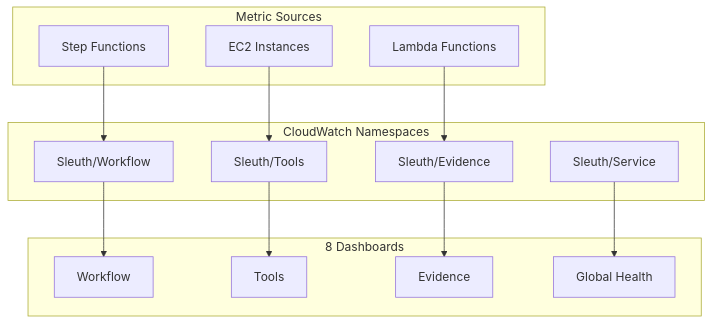
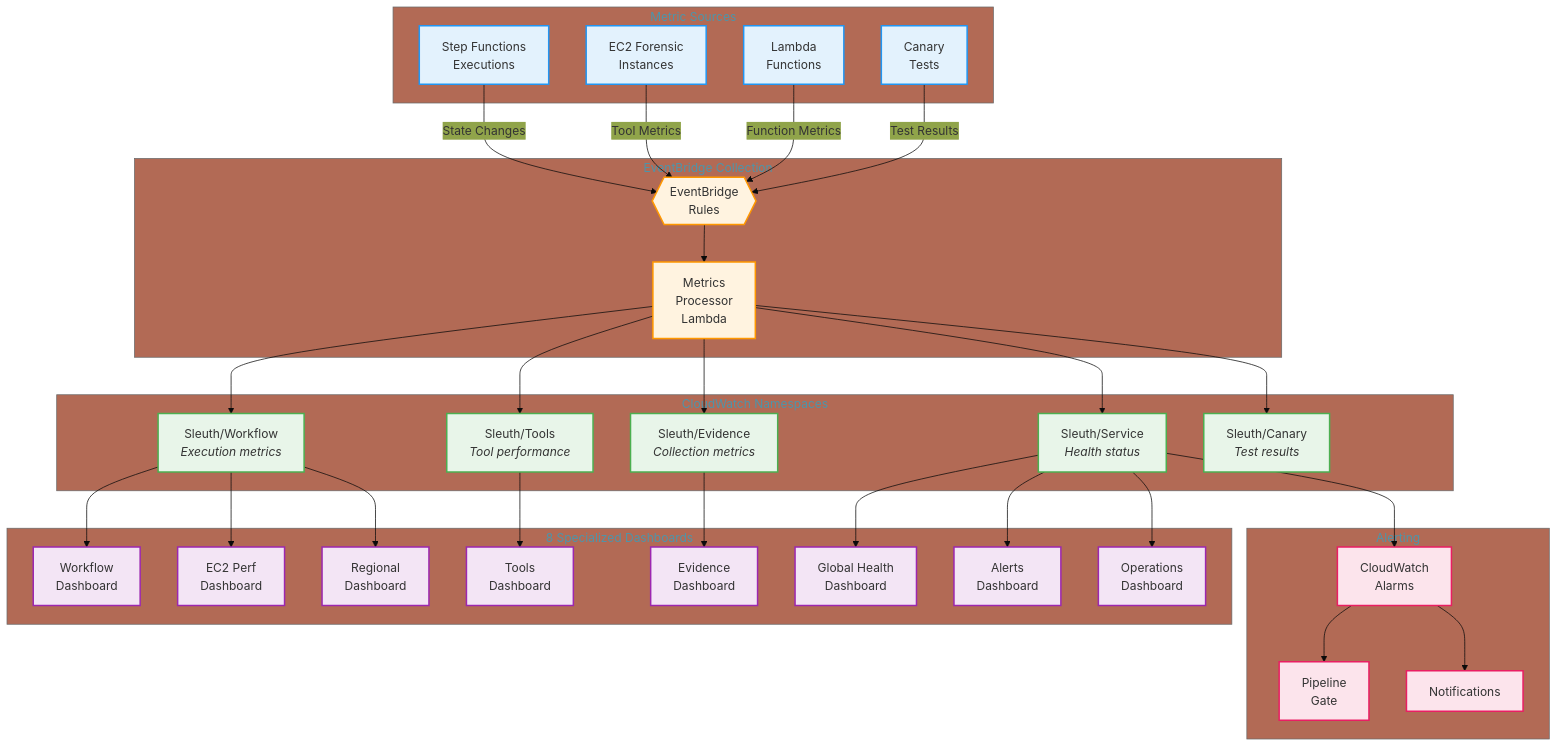
One commit to Stealinglight/Snapshot-Sleuth changed the fourth of 4 diagrams in .github/pages/case-study.md. Above: the diagram before and after it, drawn with Mermaid. The commit also changed other lines of this file and 4 other files, not shown here.

First line of the commit message:
Add case study assets: code examples, metrics, and enhanced diagrams

````diff
--- a/.github/pages/case-study.md
+++ b/.github/pages/case-study.md
@@ -370,30 +490,77 @@
 ```mermaid
+%%{init: {'theme': 'base', 'themeVariables': { 'primaryColor': '#4a90a4'}}}%%
 flowchart TB
     subgraph Sources["Metric Sources"]
-        SF["Step Functions"]
-        EC2["EC2 Instances"]
-        LAM["Lambda Functions"]
+        SF["Step Functions<br/>Executions"]
+        EC2["EC2 Forensic<br/>Instances"]
+        LAM["Lambda<br/>Functions"]
+        CAN["Canary<br/>Tests"]
+    end
+
+    subgraph Collection["EventBridge Collection"]
+        EB{{"EventBridge<br/>Rules"}}
+        PROC["Metrics<br/>Processor<br/>Lambda"]
     end
 
     subgraph Namespaces["CloudWatch Namespaces"]
-        NS1["Sleuth/Workflow"]
-        NS2["Sleuth/Tools"]
-        NS3["Sleuth/Evidence"]
-        NS4["Sleuth/Service"]
+        NS1["Sleuth/Workflow<br/><i>Execution metrics</i>"]
+        NS2["Sleuth/Tools<br/><i>Tool performance</i>"]
+        NS3["Sleuth/Evidence<br/><i>Collection metrics</i>"]
+        NS4["Sleuth/Service<br/><i>Health status</i>"]
+        NS5["Sleuth/Canary<br/><i>Test results</i>"]
     end
 
-    subgraph Dashboards["8 Dashboards"]
-        D1["Workflow"]
-        D2["Tools"]
-        D3["Evidence"]
-        D4["Global Health"]
+    subgraph Dashboards["8 Specialized Dashboards"]
+        D1["Workflow<br/>Dashboard"]
+        D2["Tools<br/>Dashboard"]
+        D3["Evidence<br/>Dashboard"]
+        D4["EC2 Perf<br/>Dashboard"]
+        D5["Global Health<br/>Dashboard"]
+        D6["Regional<br/>Dashboard"]
+        D7["Alerts<br/>Dashboard"]
+        D8["Operations<br/>Dashboard"]
     end
 
-    SF --> NS1
-    EC2 --> NS2
-    LAM --> NS3
+    subgraph Alerts["Alerting"]
+        ALM["CloudWatch<br/>Alarms"]
+        GATE["Pipeline<br/>Gate"]
+        NOTIFY["Notifications"]
+    end
+
+    SF -->|"State Changes"| EB
+    EC2 -->|"Tool Metrics"| EB
+    LAM -->|"Function Metrics"| EB
+    CAN -->|"Test Results"| EB
+
+    EB --> PROC
+    PROC --> NS1
+    PROC --> NS2
+    PROC --> NS3
+    PROC --> NS4
+    PROC --> NS5
+
     NS1 --> D1
     NS2 --> D2
     NS3 --> D3
-    NS4 --> D4
+    NS1 --> D4
+    NS4 --> D5
+    NS1 --> D6
+    NS4 --> D7
+    NS4 --> D8
+
+    NS4 --> ALM
+    ALM --> GATE
+    ALM --> NOTIFY
+
+    classDef source fill:#e3f2fd,stroke:#2196f3,stroke-width:2px
+    classDef collect fill:#fff3e0,stroke:#ff9800,stroke-width:2px
+    classDef namespace fill:#e8f5e9,stroke:#4caf50,stroke-width:2px
+    classDef dashboard fill:#f3e5f5,stroke:#9c27b0,stroke-width:2px
+    classDef alert fill:#fce4ec,stroke:#e91e63,stroke-width:2px
+
+    class SF,EC2,LAM,CAN source
+    class EB,PROC collect
+    class NS1,NS2,NS3,NS4,NS5 namespace
+    class D1,D2,D3,D4,D5,D6,D7,D8 dashboard
+    class ALM,GATE,NOTIFY alert
 ```
````
